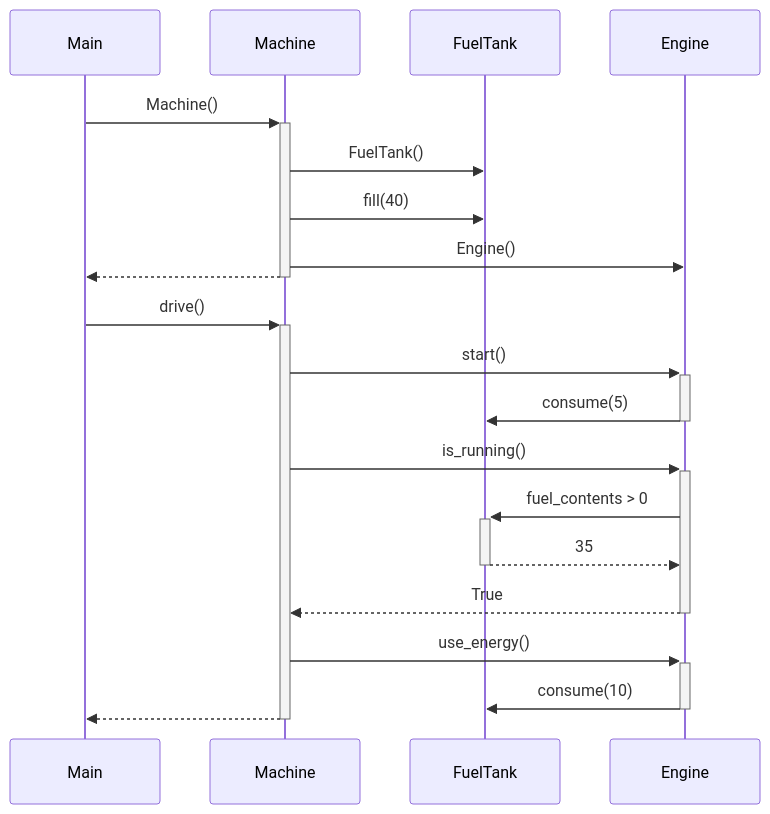
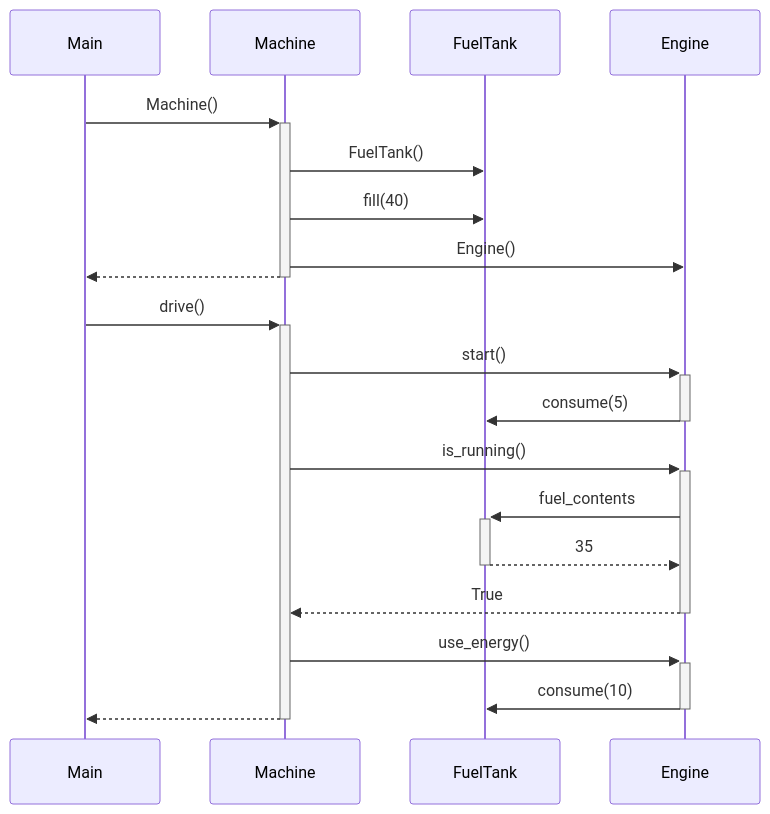
Before and after one commit to ounisk/ot_harjoitustyo: the diagram in laskarit/viikko3/teht3_sekvenssikaavio.md, drawn with Mermaid.

````diff
--- a/laskarit/viikko3/teht3_sekvenssikaavio.md
+++ b/laskarit/viikko3/teht3_sekvenssikaavio.md
@@ -1,23 +1,23 @@
 ```mermaid
 sequenceDiagram
   participant Main
   participant Machine
   participant FuelTank
   participant Engine
   Main ->> +Machine: Machine()
   Machine ->> FuelTank: FuelTank()
   Machine ->> FuelTank: fill(40)
   Machine ->> Engine: Engine()
   Machine -->> -Main:  
   Main ->> +Machine: drive()
   Machine ->>+Engine: start()
   Engine ->>-FuelTank: consume(5)
   Machine ->> +Engine: is_running()
-  Engine ->> +FuelTank: fuel_contents > 0
+  Engine ->> +FuelTank: fuel_contents
   FuelTank -->>-Engine: 35
   Engine -->>-Machine: True
   Machine ->> +Engine: use_energy()
   Engine ->> -FuelTank: consume(10)
-  Machine -->> - Main:     
+  Machine -->> -Main: 
 
 ```
````
